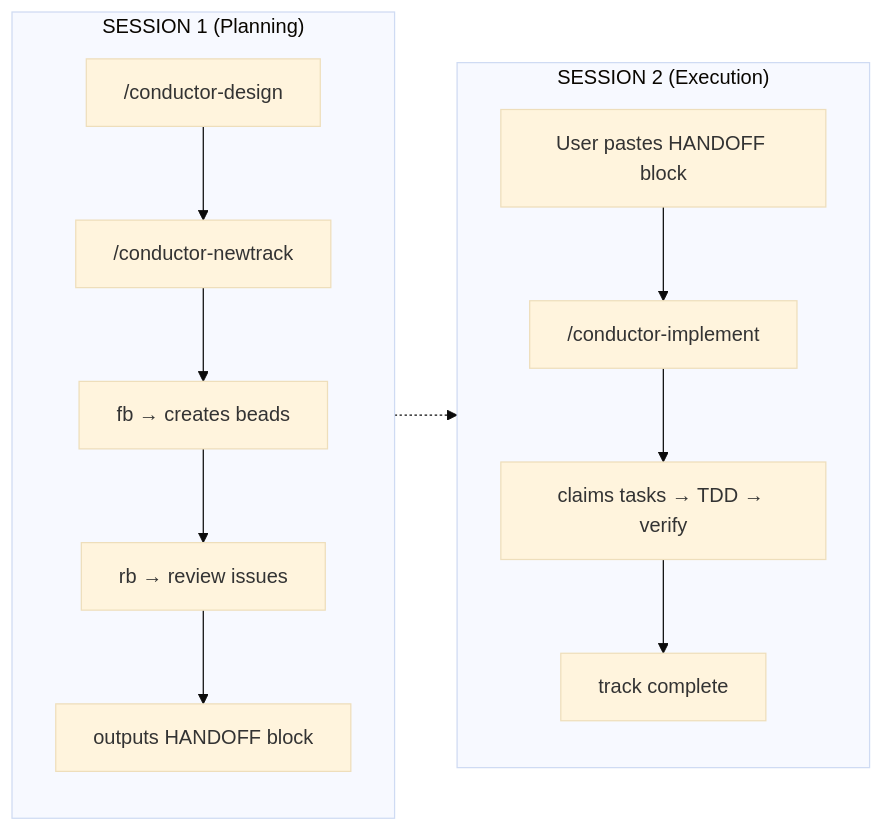
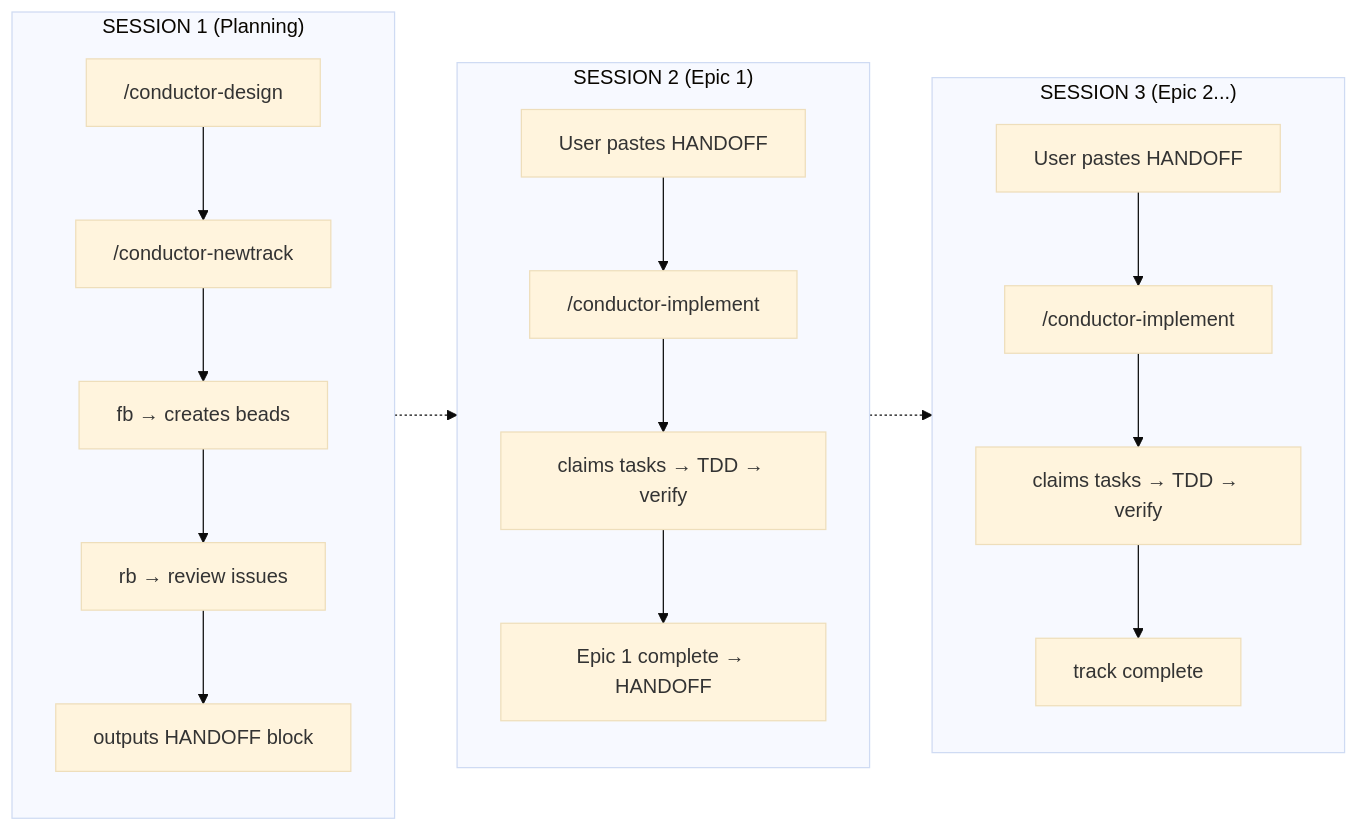
One commit to ReinaMacCredy/maestro changed the diagram in README.md. Above: the diagram before and after it, drawn with Mermaid (base theme). The commit also changed other lines of this file and 5 other files, not shown here.

Commit message:
feat: update Conductor workflow to process one epic at a time with refined `/conductor-implement` logic and task scoping.

````diff
--- a/README.md
+++ b/README.md
@@ -232,30 +232,43 @@
 ```mermaid
 flowchart LR
     subgraph SESSION1["SESSION 1 (Planning)"]
         direction TB
         design["/conductor-design"]
         newtrack["/conductor-newtrack"]
         fb["fb → creates beads"]
         rb1["rb → review issues"]
         handoff["outputs HANDOFF block"]
         
         design --> newtrack
         newtrack --> fb
         fb --> rb1
         rb1 --> handoff
     end
     
-    subgraph SESSION2["SESSION 2 (Execution)"]
+    subgraph SESSION2["SESSION 2 (Epic 1)"]
         direction TB
-        paste["User pastes HANDOFF block"]
+        paste["User pastes HANDOFF"]
         implement["/conductor-implement"]
         tdd["claims tasks → TDD → verify"]
-        complete["track complete"]
+        epic1done["Epic 1 complete → HANDOFF"]
         
         paste --> implement
         implement --> tdd
-        tdd --> complete
+        tdd --> epic1done
+    end
+    
+    subgraph SESSION3["SESSION 3 (Epic 2...)"]
+        direction TB
+        paste2["User pastes HANDOFF"]
+        implement2["/conductor-implement"]
+        tdd2["claims tasks → TDD → verify"]
+        complete["track complete"]
+        
+        paste2 --> implement2
+        implement2 --> tdd2
+        tdd2 --> complete
     end
     
     handoff -.-> paste
+    epic1done -.-> paste2
 ```
````
